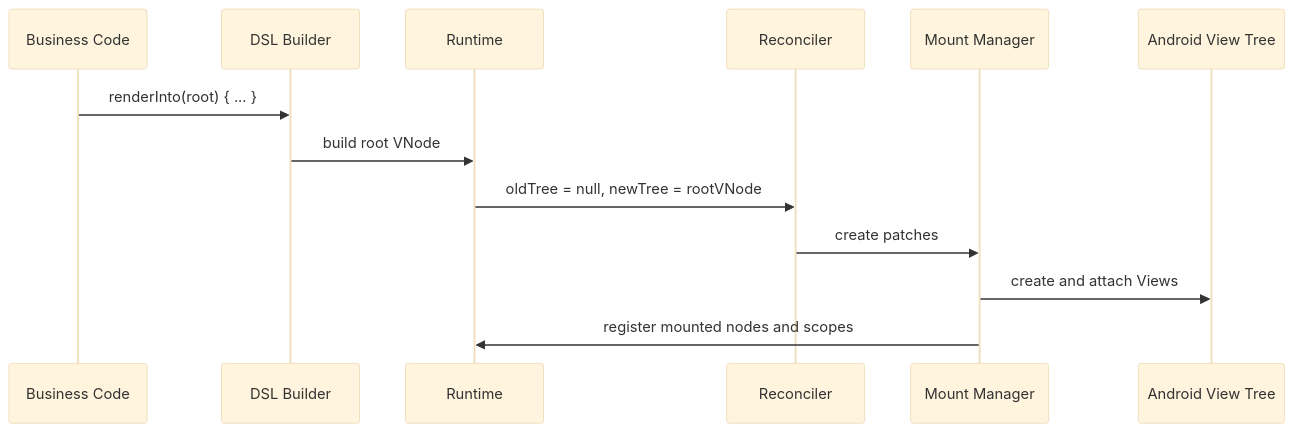
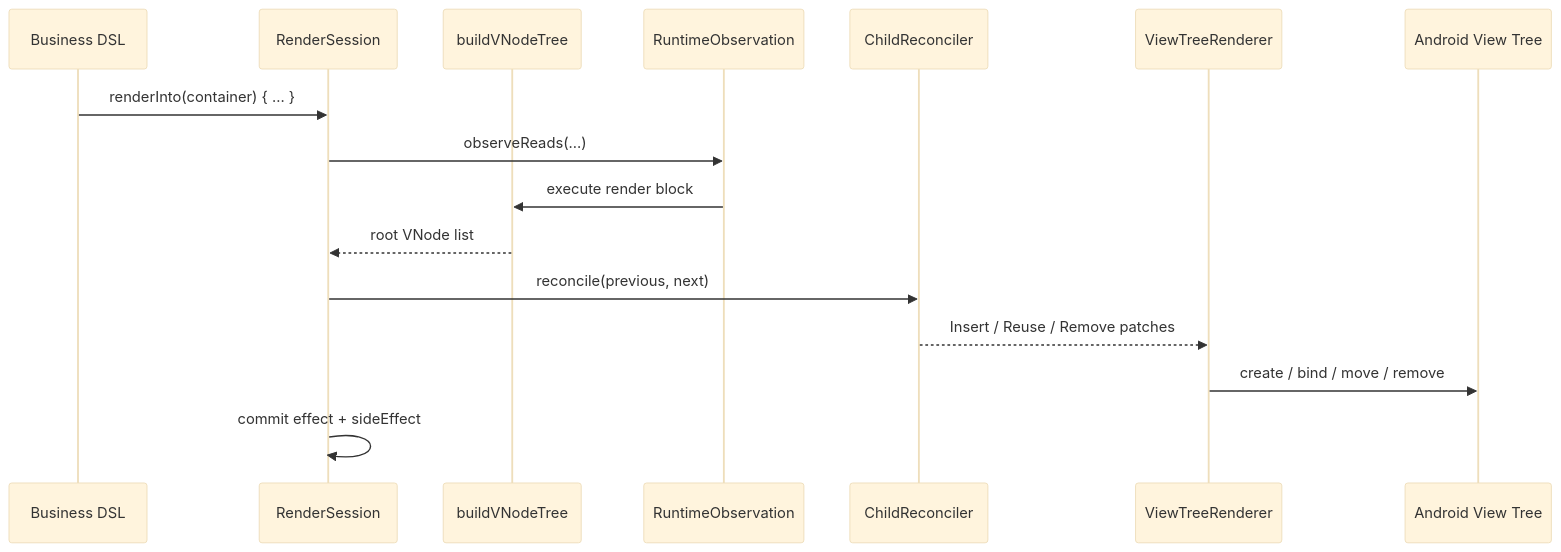
One commit to guozhiqiang123/ViewCompose changed the second of 4 diagrams in ARCHITECTURE.md. Above: the diagram before and after it, drawn with Mermaid (base theme). The commit also changed other lines of this file, not shown here.

Commit message:
docs: refresh architecture baseline

````diff
--- a/ARCHITECTURE.md
+++ b/ARCHITECTURE.md
@@ -499,16 +395,19 @@
 ```mermaid
 sequenceDiagram
-    participant Biz as Business Code
-    participant DSL as DSL Builder
-    participant RT as Runtime
-    participant R as Reconciler
-    participant M as Mount Manager
-    participant V as Android View Tree
+    participant Biz as Business DSL
+    participant Session as RenderSession
+    participant Build as buildVNodeTree
+    participant Obs as RuntimeObservation
+    participant Rec as ChildReconciler
+    participant Render as ViewTreeRenderer
+    participant View as Android View Tree
 
-    Biz->>DSL: renderInto(root) { ... }
-    DSL->>RT: build root VNode
-    RT->>R: oldTree = null, newTree = rootVNode
-    R->>M: create patches
-    M->>V: create and attach Views
-    M->>RT: register mounted nodes and scopes
+    Biz->>Session: renderInto(container) { ... }
+    Session->>Obs: observeReads(...)
+    Obs->>Build: execute render block
+    Build-->>Session: root VNode list
+    Session->>Rec: reconcile(previous, next)
+    Rec-->>Render: Insert / Reuse / Remove patches
+    Render->>View: create / bind / move / remove
+    Session->>Session: commit effect + sideEffect
 ```
````
